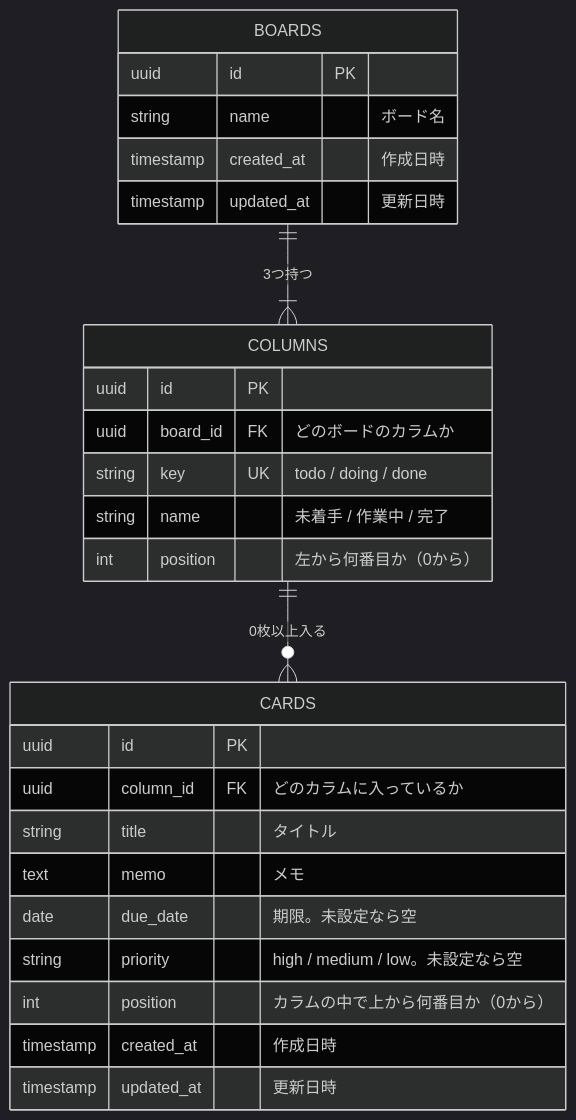
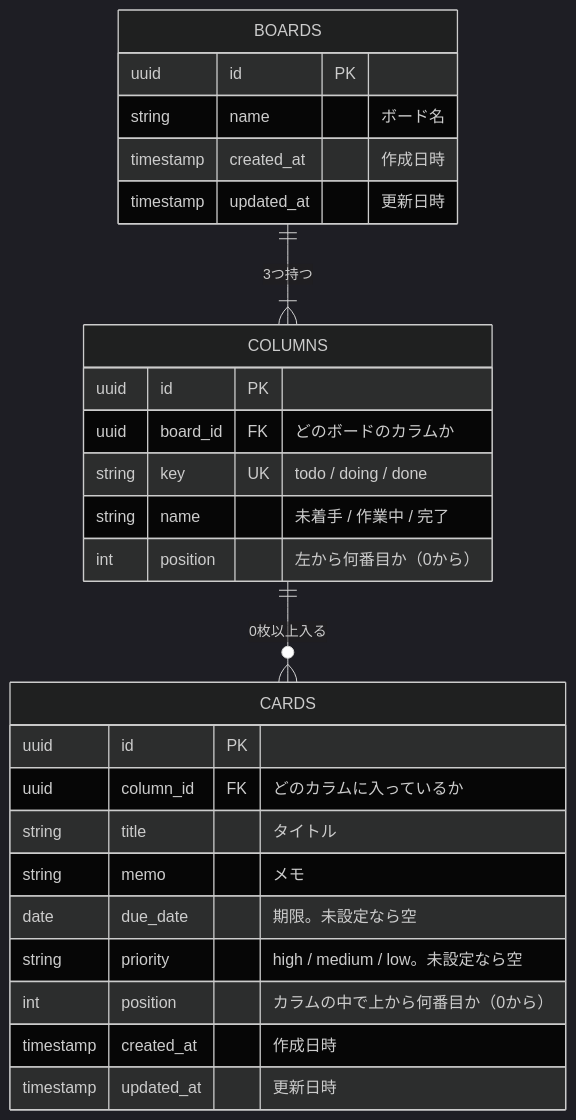
Before and after one commit to junji-sakamoto/taskmanegemento: the first of 2 diagrams in docs/データ設計.md, drawn with Mermaid (dark theme). The commit also changed other lines of this file and 8 other files, not shown here.

````diff
--- a/docs/データ設計.md
+++ b/docs/データ設計.md
@@ -91,30 +91,30 @@
 ```mermaid
 erDiagram
     BOARDS ||--|{ COLUMNS : "3つ持つ"
     COLUMNS ||--o{ CARDS : "0枚以上入る"
 
     BOARDS {
         uuid id PK
         string name "ボード名"
         timestamp created_at "作成日時"
         timestamp updated_at "更新日時"
     }
     COLUMNS {
         uuid id PK
         uuid board_id FK "どのボードのカラムか"
         string key UK "todo / doing / done"
         string name "未着手 / 作業中 / 完了"
         int position "左から何番目か（0から）"
     }
     CARDS {
         uuid id PK
         uuid column_id FK "どのカラムに入っているか"
         string title "タイトル"
-        text memo "メモ"
+        string memo "メモ"
         date due_date "期限。未設定なら空"
         string priority "high / medium / low。未設定なら空"
         int position "カラムの中で上から何番目か（0から）"
         timestamp created_at "作成日時"
         timestamp updated_at "更新日時"
     }
 ```
````
